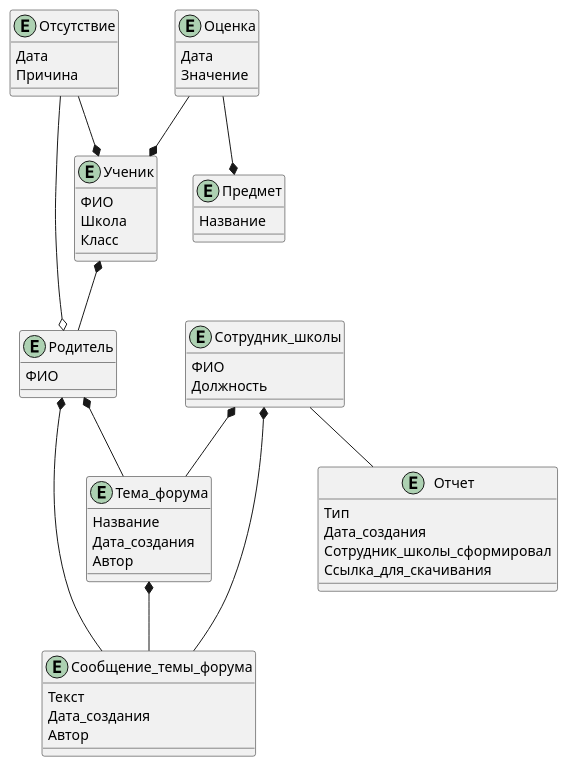
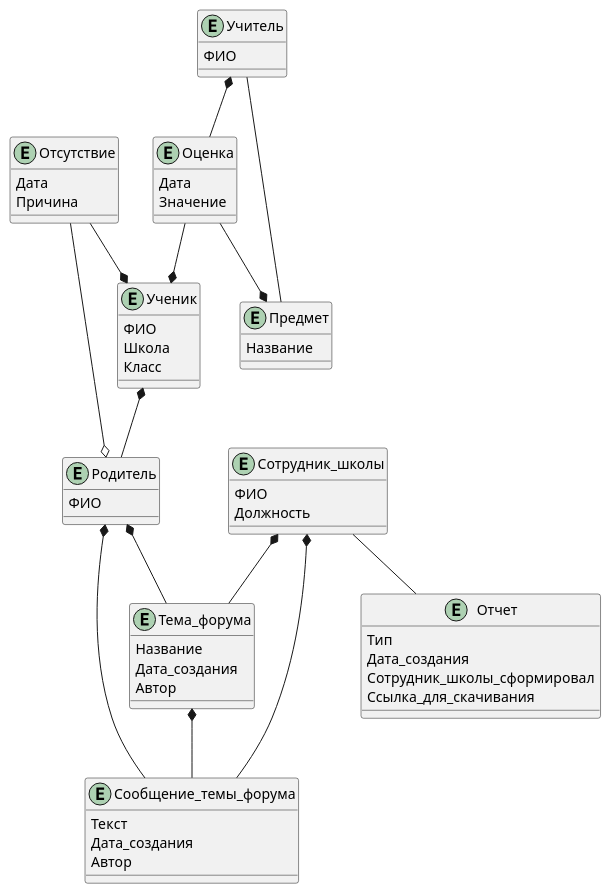
Before and after one commit to MorpM/software_architecture_course: the diagram in docs/software-architect-dz-2/dekompoziciya-po-rolyam-polzovateley-2-y-variant.puml, drawn with PlantUML. The commit also changed 2 other files, not shown here.

```diff
--- a/docs/software-architect-dz-2/dekompoziciya-po-rolyam-polzovateley-2-y-variant.puml
+++ b/docs/software-architect-dz-2/dekompoziciya-po-rolyam-polzovateley-2-y-variant.puml
@@ -1,70 +1,76 @@
 @startuml
 
 
 entity "Отсутствие" as absence {
 Дата
 Причина
 }
 
 entity "Оценка" as mark {
 Дата
 Значение
+}
+
+entity "Учитель" as teacher {
+ФИО
 }
 
 entity "Предмет" as subject {
 Название
 }
 
 
 
 entity "Тема_форума" as topic{
 Название
 Дата_создания
 Автор
 }
 
 entity "Сообщение_темы_форума" as message {
 Текст
 Дата_создания
 Автор
 }
 
 
 entity "Ученик" as student {
 ФИО
 Школа
 Класс
 }
 
 entity "Родитель" as parent {
 ФИО
 }
 
 entity "Сотрудник_школы" as admin {
 ФИО
 Должность
 }
 
 
 
 entity "Отчет" as report{
 Тип
 Дата_создания
 Сотрудник_школы_сформировал
 Ссылка_для_скачивания
 }
 
 
 student *-- parent
 topic *-- message
 mark --* subject
 mark --* student
 absence --* student
 absence --o parent
 admin -- report
 admin *-- topic
 parent *-- topic
 admin *-- message
 parent *-- message
+teacher *-- mark
+teacher -- subject
 
 @enduml
```
